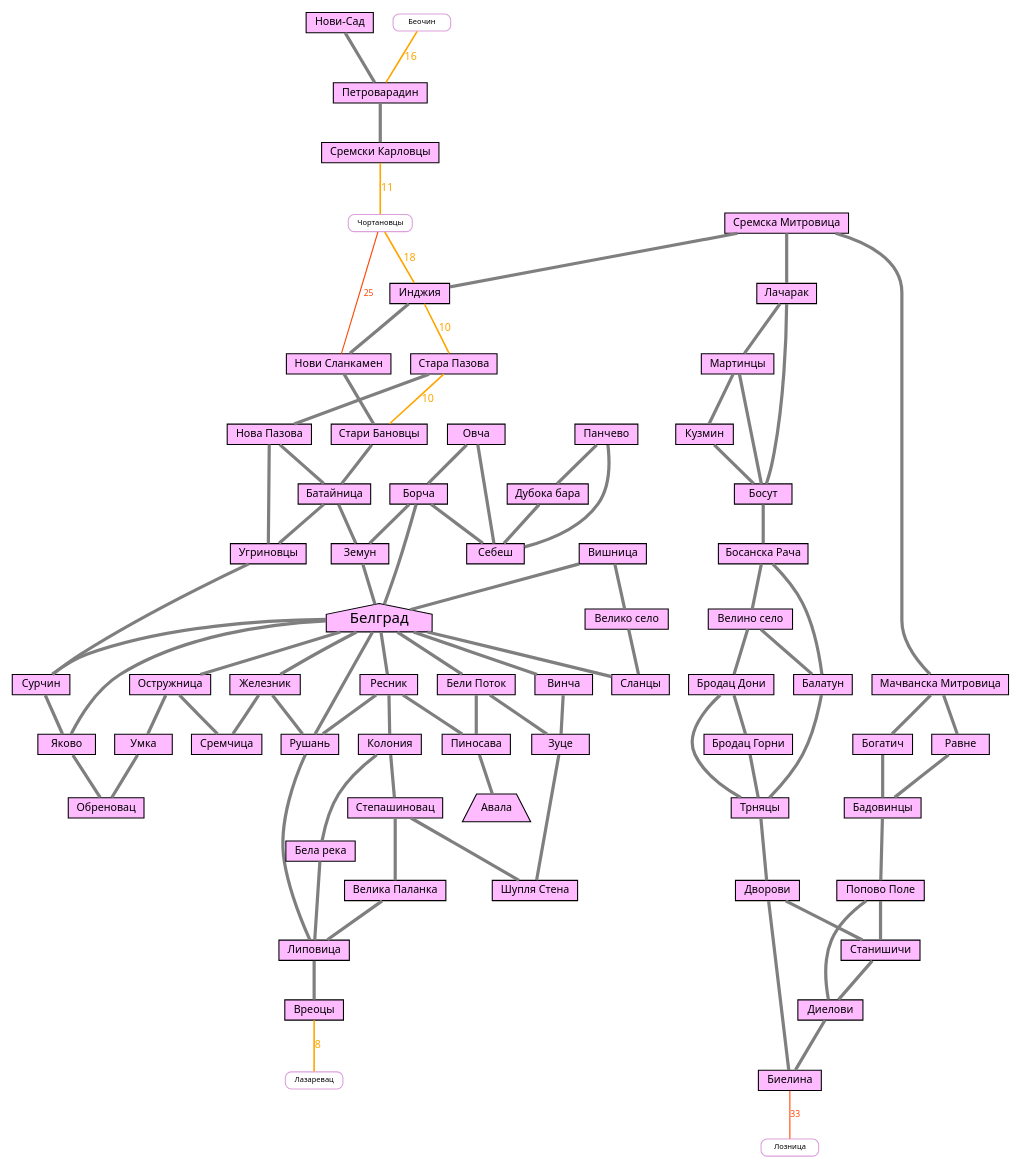
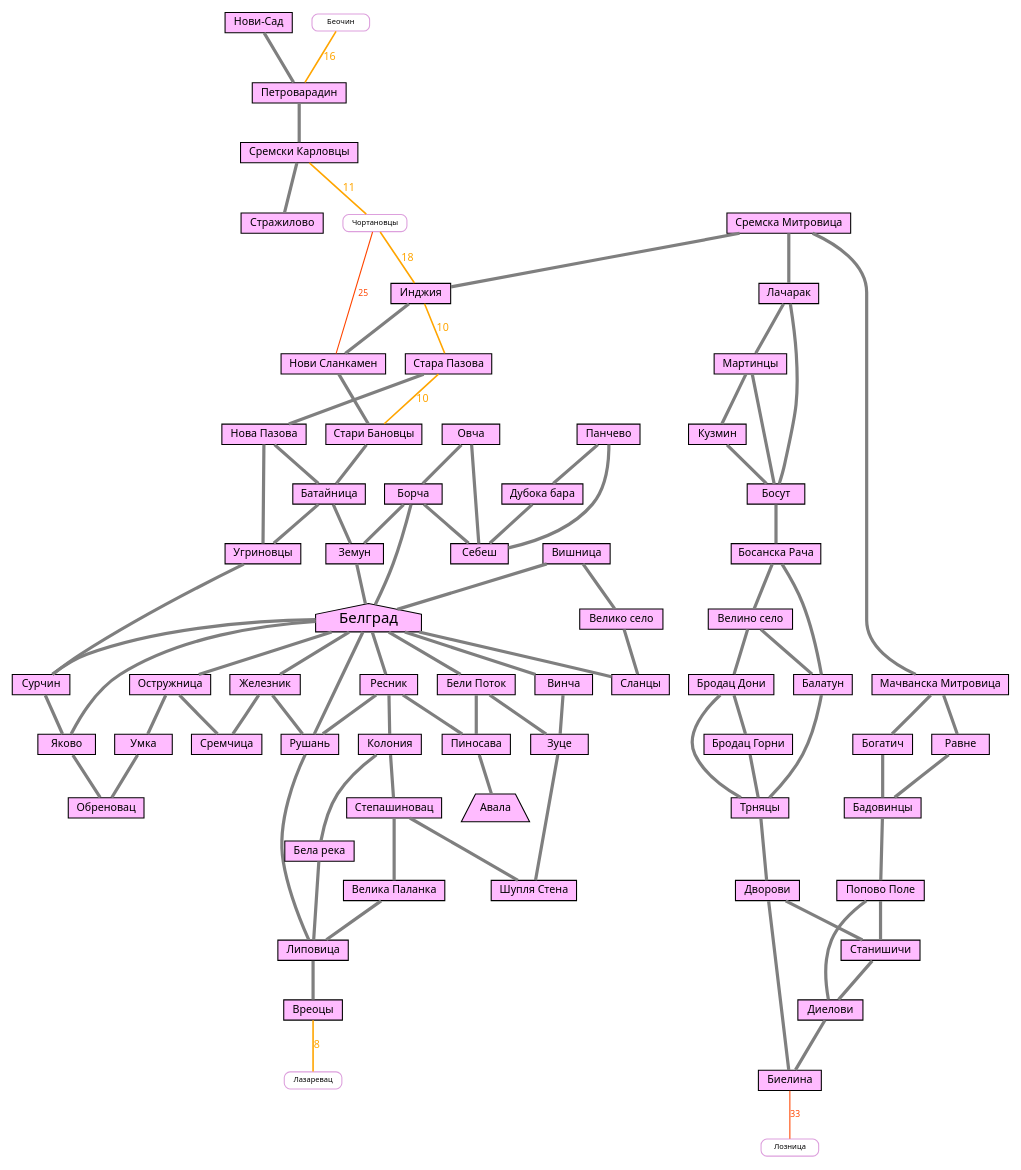
One commit to shoorick/bike-area changed the diagram in serbia.dot. Above: the diagram before and after it, drawn with Graphviz. The commit also changed 1 other file, not shown here.

Commit message:
Expand Serbian graph: ride Sremski Karlovci ↔ Stražilovo

```diff
--- a/serbia.dot
+++ b/serbia.dot
@@ -1,78 +1,78 @@
 graph G {
     node [ shape=box, fontsize=10, fontname="Noto Sans,sans", style=filled, height=0.2 ]
     edge [ color=gray50, penwidth=3, fontname="Noto Sans,sans" ]
     graph [ overlap=false ]
 
     subgraph belgrade {
     node [ fillcolor=plum1 ]
     Белград [ shape=house, fontsize=14, margin=0.01 ]
     Авала [ shape=trapezium, margin=0.01 ]
 
     "Стара Пазова" -- "Нова Пазова" -- Батайница -- Земун -- Белград
     Белград -- {Ресник Рушань Сланцы Сурчин}
     Вишница -- "Велико село" -- Сланцы
     Вишница -- Белград
     Ресник -- Рушань -- Липовица -- Вреоцы
     Ресник -- Пиносава
     Ресник -- Колония -- "Бела река" -- Липовица
     Степашиновац -- "Велика Паланка" -- Липовица
     Колония -- Степашиновац -- "Шупля Стена"
     Белград -- Винча -- Зуце -- "Шупля Стена"
     Белград -- "Бели Поток" -- Зуце
     "Бели Поток" -- Пиносава -- Авала
     Белград -- Железник -- Рушань
     "Сремска Митровица" -- Инджия -- "Нови Сланкамен" -- "Стари Бановцы" -- Батайница
     "Нова Пазова" -- Угриновцы
     Батайница -- Угриновцы -- Сурчин -- Яково
     Овча -- Борча -- Белград -- Яково -- Обреновац
     Белград -- Остружница -- Умка -- Обреновац
     { Железник Остружница } -- Сремчица
     Овча -- Себеш
     Борча -- Себеш
     Борча -- Земун
     Панчево -- Себеш
     Панчево -- "Дубока бара" -- Себеш
 
     "Сремска Митровица" -- Лачарак -- Мартинцы -- Кузмин -- Босут
     Лачарак -- Босут
     Мартинцы -- Босут -- "Босанска Рача" -- Балатун -- Трняцы
     "Босанска Рача" -- "Велино село" -- "Бродац Дони" -- "Бродац Горни" -- Трняцы
     "Велино село" -- Балатун
     "Бродац Дони" -- Трняцы -- Дворови -- Биелина
     Дворови -- Станишичи -- Диелови -- Биелина
     "Сремска Митровица" -- "Мачванска Митровица" -- { Равне Богатич } -- Бадовинцы
     Бадовинцы -- "Попово Поле" -- Станишичи
     "Попово Поле" -- Диелови
 
-    "Нови-Сад" -- Петроварадин -- "Сремски Карловцы"
+    "Нови-Сад" -- Петроварадин -- "Сремски Карловцы" -- Стражилово
 }
 
 subgraph failed {
     node [ shape=Mrecord,fillcolor=white,color=plum,fontsize=7, height=0.1 ]
 
     // Ближайшие — можно пройти за час, до 15-20 км
     edge [ color=orange, fontcolor=orange, fontsize=10, penwidth=1.5 ]
     Инджия -- "Стара Пазова" [ label=10 ]
     "Стара Пазова" -- "Стари Бановцы" [ label=10 ]
     Вреоцы -- Лазаревац [ label=8 ]
 
     Беочин -- Петроварадин [ label=16 ]
     "Сремски Карловцы" -- Чортановцы [ label=11 ]
     Чортановцы -- Инджия [ label=18 ]
 
     // Ближние, до 40 км
     edge [ color=orangered, fontcolor=orangered, fontsize=8, penwidth=1 ]
     Чортановцы -- "Нови Сланкамен" [ label=25 ]
     Биелина -- Лозница [ label=33 ]
 
     // Средние — можно пройти за день
     // edge [ color=red, fontcolor=red, style="dashed" ]
 
     // Дальние (от 100 км)
     //edge [ color=plum, fontcolor=plum, style="dotted" ]
 
     // Самые дальние — нереально проехать
     // edge [ color=skyblue, fontcolor=skyblue ]
 }
 
 }
```
